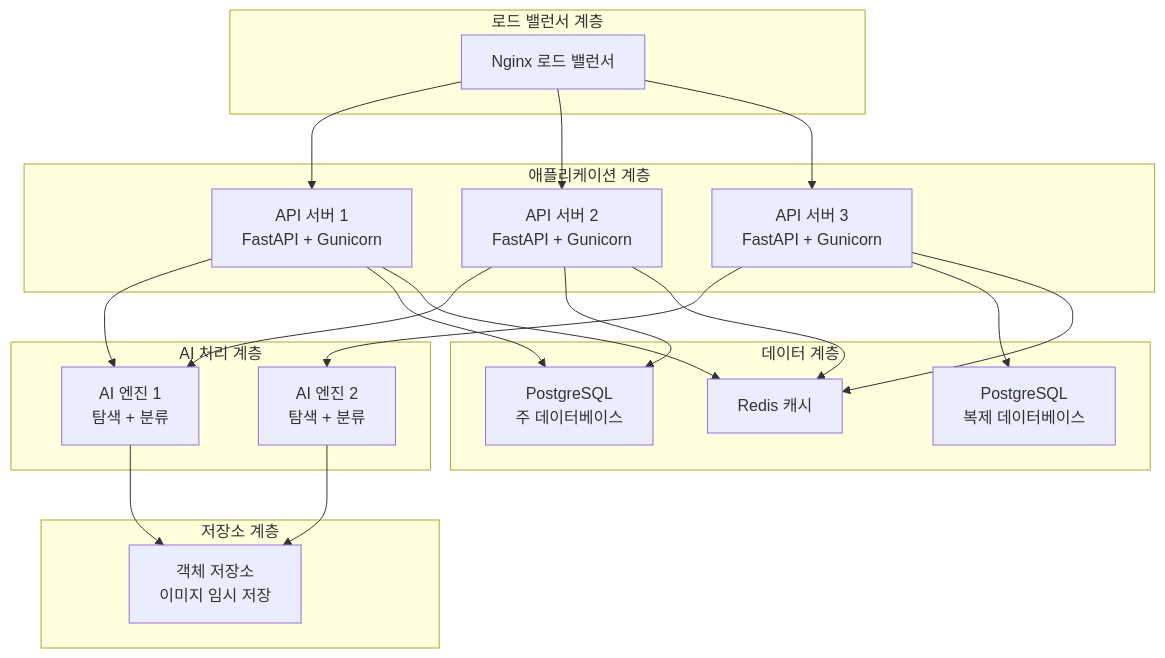
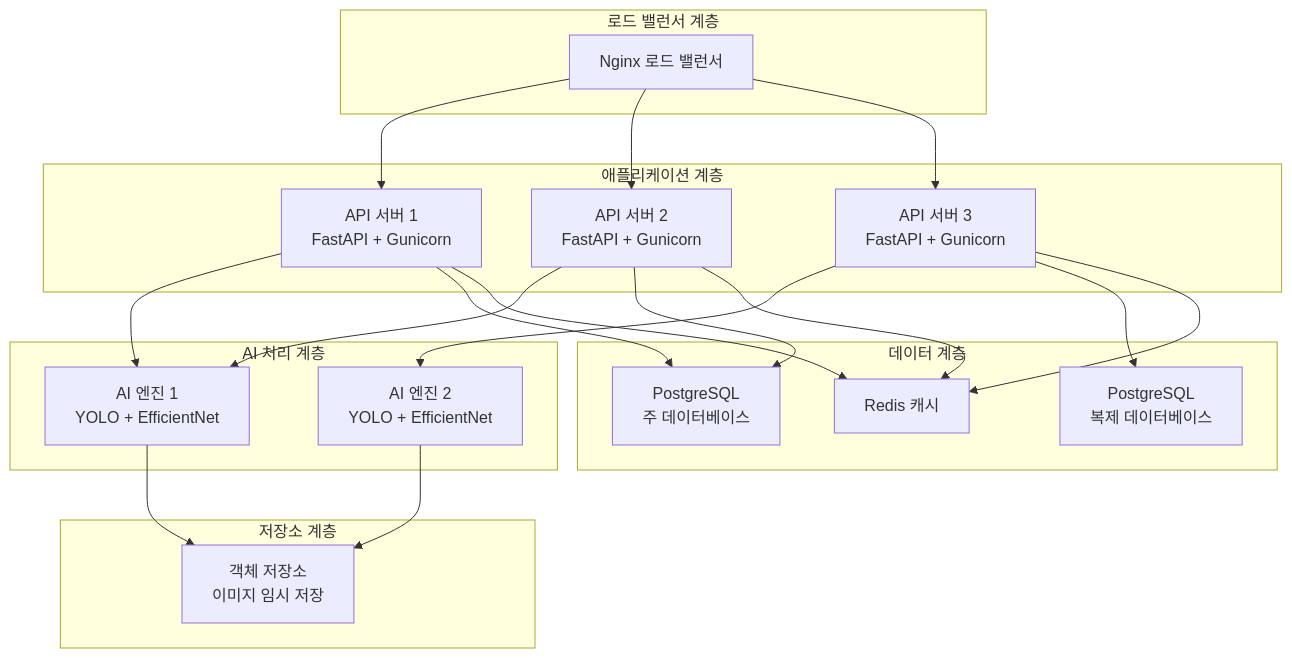
Before and after one commit to c0z0c/codeit_ai_health_eat: diagram 11 of 12 in docs/md/아키텍처설계_v2.md, drawn with Mermaid. The commit also changed other lines of this file and 1 other file, not shown here.

````diff
--- a/docs/md/아키텍처설계_v2.md
+++ b/docs/md/아키텍처설계_v2.md
@@ -626,42 +618,42 @@
 ```mermaid
 graph TB
     subgraph "로드 밸런서 계층"
         LB["Nginx 로드 밸런서"]
     end
     
     subgraph "애플리케이션 계층"
         API1["API 서버 1<br/>FastAPI + Gunicorn"]
         API2["API 서버 2<br/>FastAPI + Gunicorn"]
         API3["API 서버 3<br/>FastAPI + Gunicorn"]
     end
     
     subgraph "AI 처리 계층"
-        AI1["AI 엔진 1<br/>탐색 + 분류"]
-        AI2["AI 엔진 2<br/>탐색 + 분류"]
+        AI1["AI 엔진 1<br/>YOLO + EfficientNet"]
+        AI2["AI 엔진 2<br/>YOLO + EfficientNet"]
     end
     
     subgraph "데이터 계층"
         DB["PostgreSQL<br/>주 데이터베이스"]
         DB_R["PostgreSQL<br/>복제 데이터베이스"]
         Cache["Redis 캐시"]
     end
     
     subgraph "저장소 계층"
         S3["객체 저장소<br/>이미지 임시 저장"]
     end
     
     LB --> API1
     LB --> API2
     LB --> API3
     API1 --> AI1
     API2 --> AI1
     API3 --> AI2
     API1 --> DB
     API2 --> DB
     API3 --> DB_R
     API1 --> Cache
     API2 --> Cache
     API3 --> Cache
     AI1 --> S3
     AI2 --> S3
 ```
````
